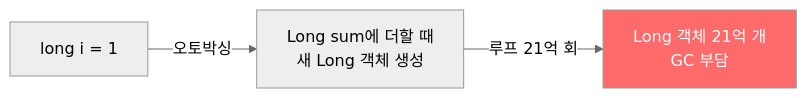
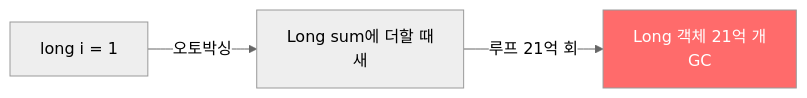
Before and after one commit to yjkim2015/yjkim2015.github.io: the second of 3 diagrams in _posts/java/2021-12-19-effective-java6.md, drawn with Mermaid (neutral theme). The commit also changed other lines of this file and 271 other files, not shown here.

First line of the commit message:
Mermaid 라벨 축소: 긴 노드 텍스트 18자 이하로 트림 + \n 제거

````diff
--- a/_posts/java/2021-12-19-effective-java6.md
+++ b/_posts/java/2021-12-19-effective-java6.md
@@ -123,6 +123,6 @@
 ```mermaid
 graph LR
-    A["long i = 1"] -->|"오토박싱"| B["Long sum에 더할 때\n새 Long 객체 생성"]
-    B -->|"루프 21억 회"| C["Long 객체 21억 개\nGC 부담"]
+    A["long i = 1"] -->|"오토박싱"| B["Long sum에 더할 때\n새"]
+    B -->|"루프 21억 회"| C["Long 객체 21억 개\nGC"]
     style C fill:#ff6b6b,color:#fff
 ```
````
